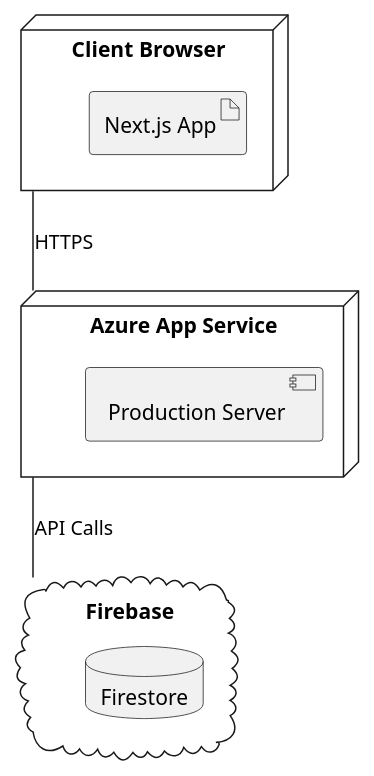
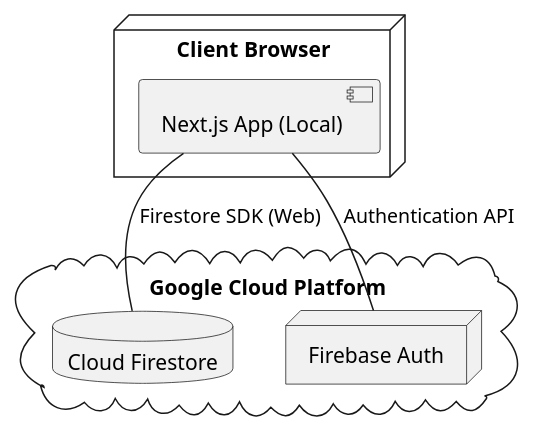
The diagram in docs/architecture/3.4 · Record Meeting Minutes/deployment_view_3_4.puml (OliEveritt/Stokkings), drawn with PlantUML before and after one commit. The commit also changed 20 other files, not shown here.

Commit message:
feat: implement meeting minutes with validated architecture and passing TDD

```diff
--- a/docs/architecture/3.4 · Record Meeting Minutes/deployment_view_3_4.puml
+++ b/docs/architecture/3.4 · Record Meeting Minutes/deployment_view_3_4.puml
@@ -1,16 +1,13 @@
 @startuml
 node "Client Browser" {
-    artifact "Next.js App"
+    component "Next.js App (Local)" as App
 }
 
-node "Azure App Service" {
-    [Production Server]
+cloud "Google Cloud Platform" {
+    database "Cloud Firestore" as DB
+    node "Firebase Auth" as Auth
 }
 
-cloud "Firebase" {
-    database "Firestore"
-}
-
-"Client Browser" -- "Azure App Service" : HTTPS
-"Azure App Service" -- "Firebase" : API Calls
+App -- DB : Firestore SDK (Web)
+App -- Auth : Authentication API
 @endum
```
